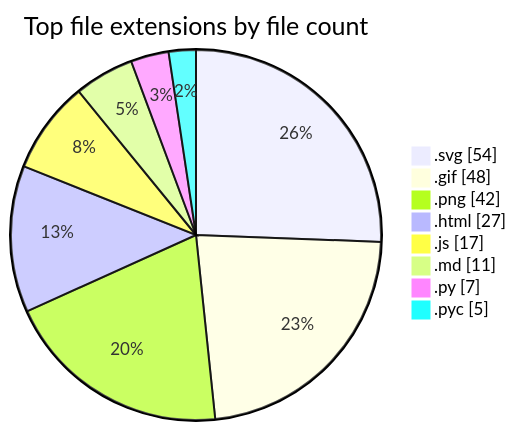
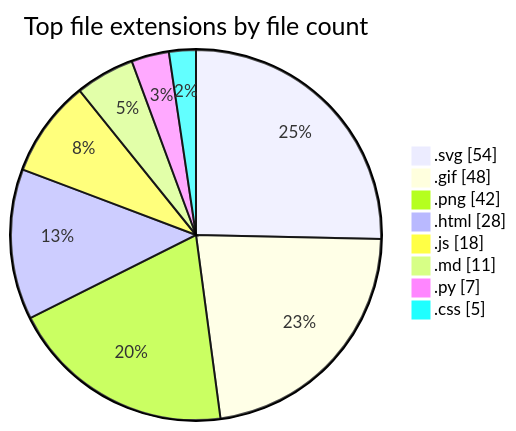
One commit to tchinso/tchinso changed the second of 2 diagrams in README.md. Above: the diagram before and after it, drawn with Mermaid. The commit also changed other lines of this file, not shown here.

````diff
--- a/README.md
+++ b/README.md
@@ -50,12 +50,12 @@
 ```mermaid
 pie showData
     title Top file extensions by file count
     ".svg" : 54
     ".gif" : 48
     ".png" : 42
-    ".html" : 27
-    ".js" : 17
+    ".html" : 28
+    ".js" : 18
     ".md" : 11
     ".py" : 7
-    ".pyc" : 5
+    ".css" : 5
 ```
````
